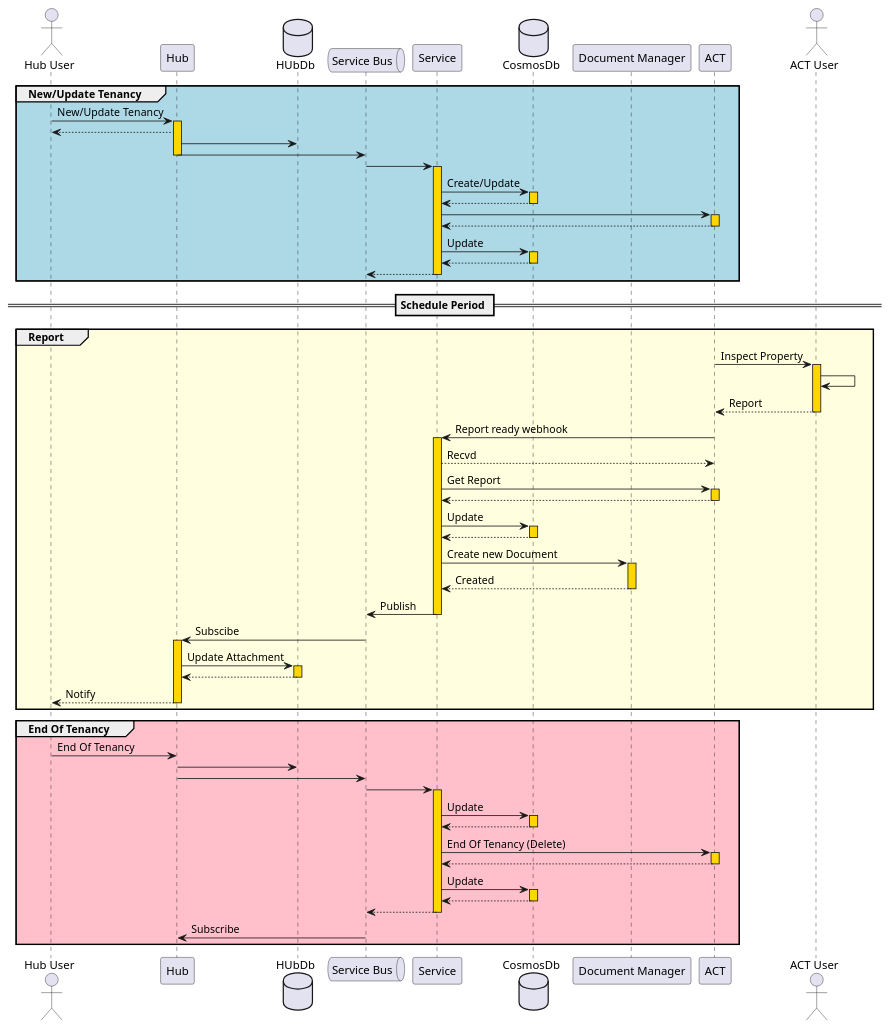
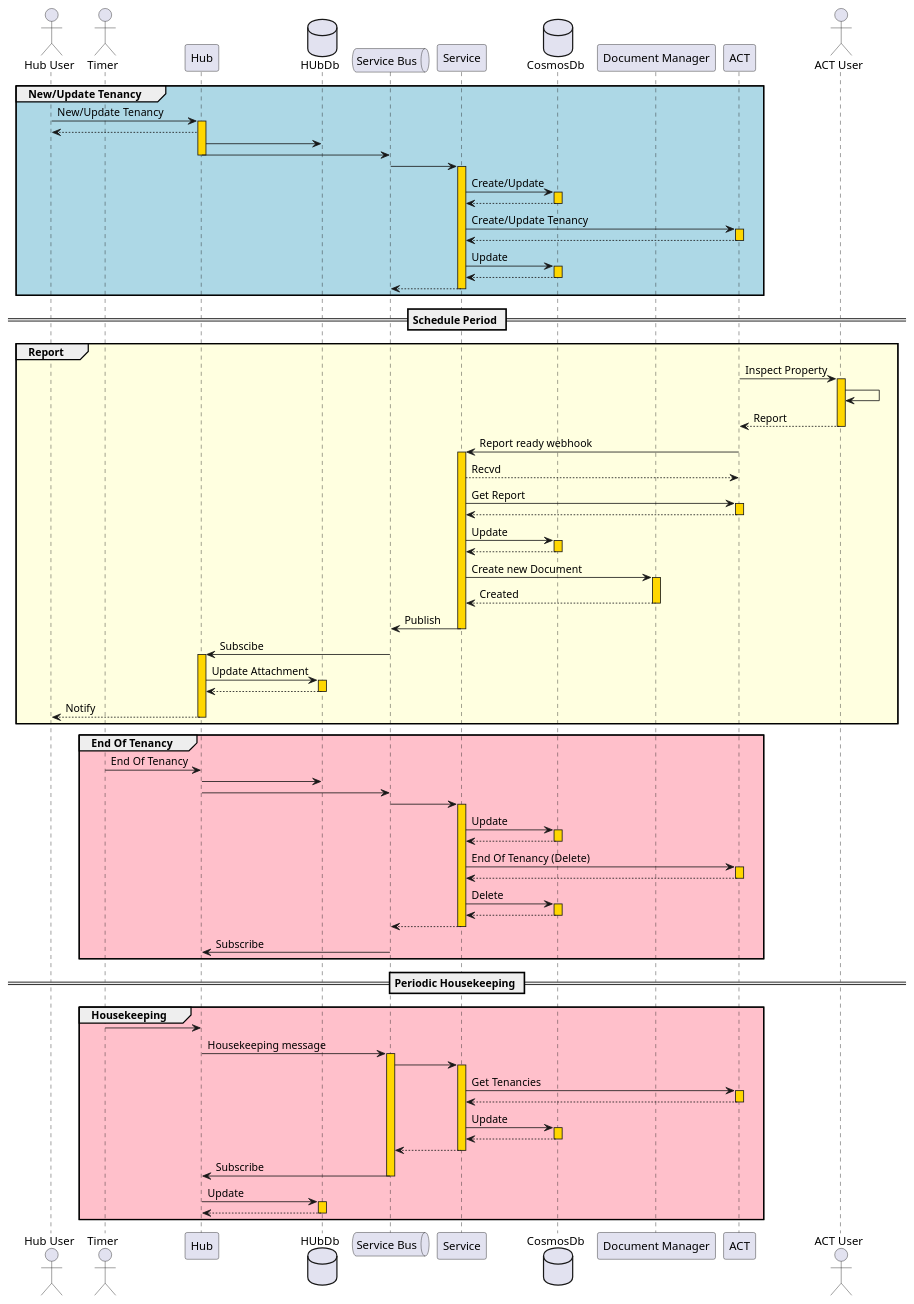
Before and after one commit to newportg/ACT: the diagram in plantuml/InteractionsSeq.puml, drawn with PlantUML.

```diff
--- a/plantuml/InteractionsSeq.puml
+++ b/plantuml/InteractionsSeq.puml
@@ -1,78 +1,95 @@
 @startuml
 
 actor "Hub User" as user
+actor "Timer" as timer
 participant Hub as hub
 database HUbDb as hubdb
 queue "Service Bus" as bus
 participant Service as app
 database CosmosDb as db
 participant "Document Manager" as dm
 participant ACT as svc
 actor "ACT User" as svcUsr
 
 Group #LightBlue New/Update Tenancy 
 user -> hub ++ #gold : New/Update Tenancy
 hub --> user : 
 
 hub -> hubdb
 hub -> bus --:
   bus -> app ++#gold:
     app -> db ++#gold: Create/Update
     db --> app --:
 
-    app -> svc ++#gold: 
+    app -> svc ++#gold: Create/Update Tenancy
     svc --> app --:
 
     app -> db ++#gold: Update
     db --> app --:
   app --> bus -- :
 End      
 
 == Schedule Period ==
 
 Group #lightyellow Report
 svc -> svcUsr ++#gold: Inspect Property
 svcUsr -> svcUsr :
 svcUsr --> svc --: Report
 
 svc -> app ++#gold: Report ready webhook
 app --> svc : Recvd
 
 app -> svc ++#gold: Get Report
 svc --> app --
 
 app -> db ++#gold: Update
 db --> app --:
 
 app -> dm ++#gold: Create new Document
 dm --> app --: Created
 app -> bus --: Publish
 
 bus -> hub ++#gold: Subscibe
 
 hub -> hubdb ++#gold: Update Attachment
 hubdb --> hub --:
 hub --> user --: Notify
 
 End
 
 Group #pink End Of Tenancy
-user -> hub : End Of Tenancy
+timer -> hub : End Of Tenancy
 hub -> hubdb
 hub -> bus --:
   bus -> app ++#gold:
     app -> db ++#gold: Update
     db --> app --:
 
     app -> svc ++#gold: End Of Tenancy (Delete)
     svc --> app --:
 
-    app -> db ++#gold: Update
+    app -> db ++#gold: Delete
     db --> app --:
   app --> bus -- :
 bus -> hub : Subscribe
 
 End
 
+== Periodic Housekeeping ==
+Group #pink Housekeeping
+timer -> hub
+hub -> bus ++#gold: Housekeeping message
+  bus -> app ++#gold:
+    app -> svc ++#gold: Get Tenancies
+    svc --> app --
+
+    app -> db ++#gold: Update
+    db --> app --
+  app --> bus --
+bus -> hub -- : Subscribe
+hub -> hubdb ++#gold: Update
+hubdb --> hub --
+
+End
 
 @enduml
```
